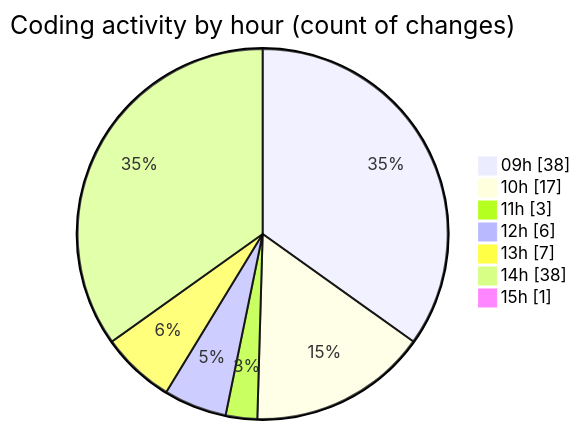
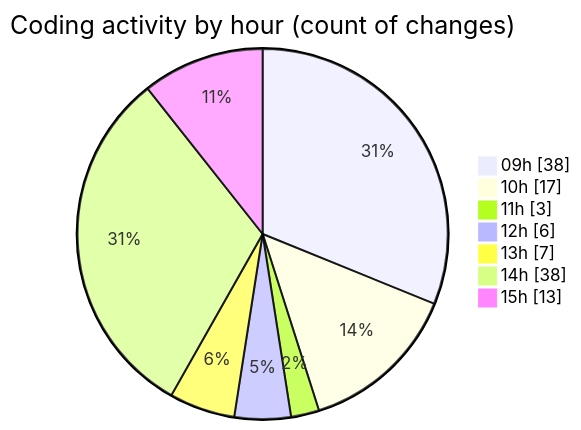
The second of 2 diagrams in 2026-10-22/cda/README.md (momahboobian/code-tracking), drawn with Mermaid before and after one commit. The commit also changed other lines of this file and 1 other file, not shown here.

````diff
--- a/2026-10-22/cda/README.md
+++ b/2026-10-22/cda/README.md
@@ -51,11 +51,11 @@
 ```mermaid
 pie showData
 title Coding activity by hour (count of changes)
 "09h" : 38
 "10h" : 17
 "11h" : 3
 "12h" : 6
 "13h" : 7
 "14h" : 38
-"15h" : 1
+"15h" : 13
 ```
````
